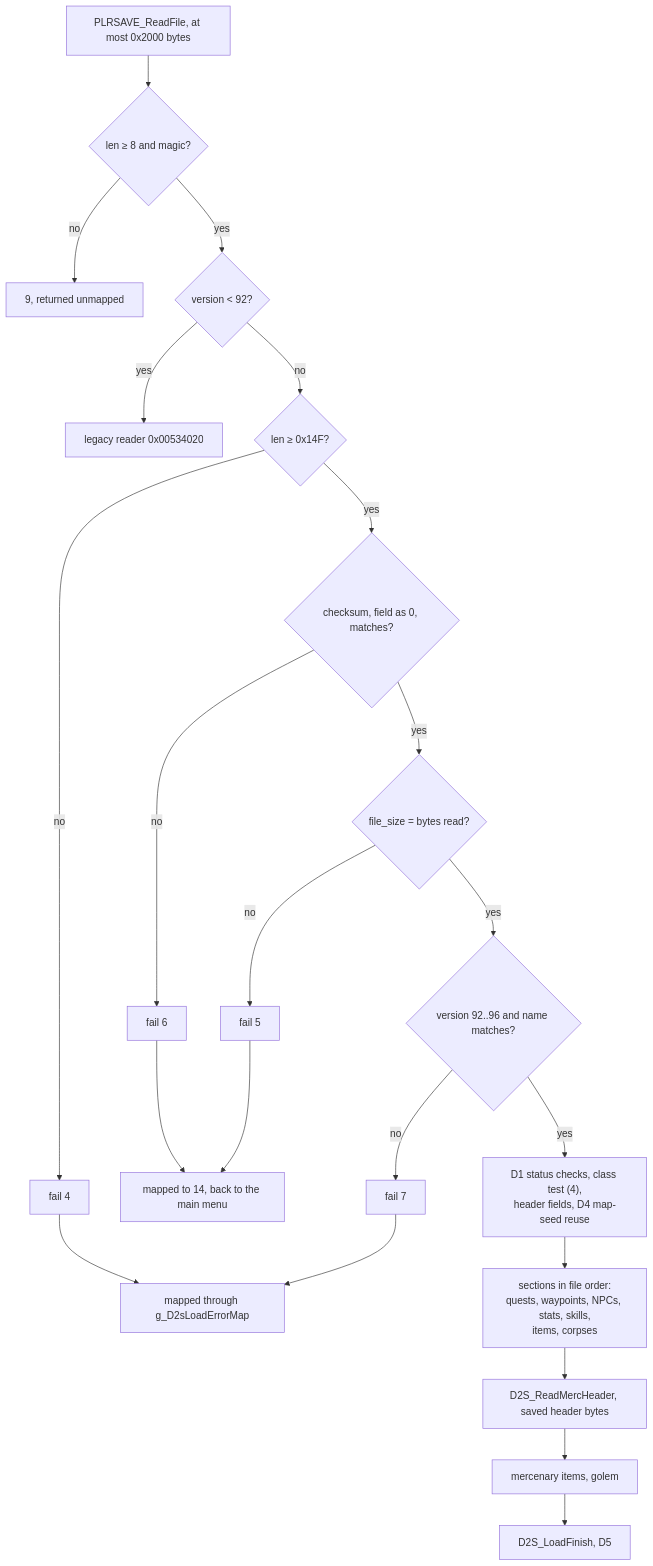
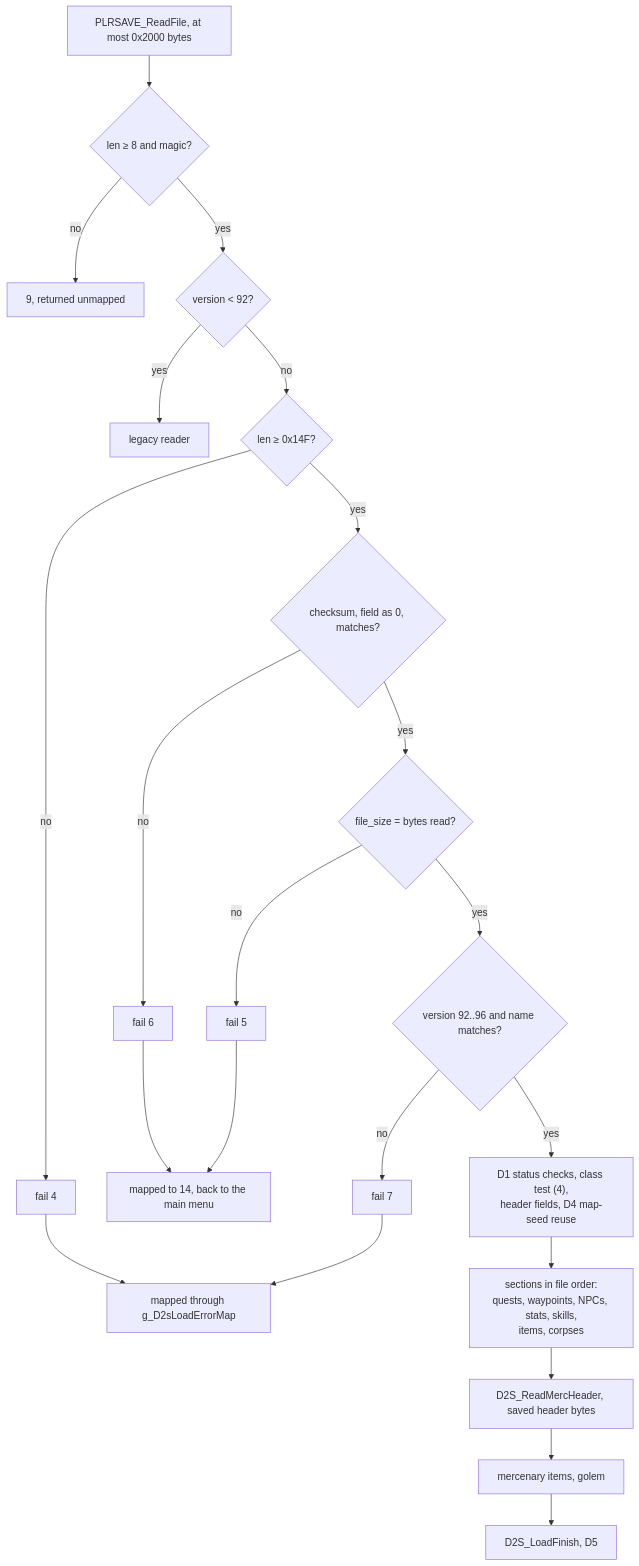
The sixth of 15 diagrams in docs/specs/save/d2s.md (IgorKonovalov/diablo-2-recompilation), drawn with Mermaid before and after one commit. The commit also changed other lines of this file and 8 other files, not shown here.

````diff
--- a/docs/specs/save/d2s.md
+++ b/docs/specs/save/d2s.md
@@ -461,23 +461,23 @@
 ```mermaid
 flowchart TD
   rf["PLRSAVE_ReadFile, at most 0x2000 bytes"] --> mg{"len ≥ 8 and magic?"}
   mg -->|no| e9["9, returned unmapped"]
   mg -->|yes| v92{"version < 92?"}
-  v92 -->|yes| leg["legacy reader 0x00534020"]
+  v92 -->|yes| leg["legacy reader"]
   v92 -->|no| hl{"len ≥ 0x14F?"}
   hl -->|no| e4["fail 4"]
   hl -->|yes| ck{"checksum, field as 0, matches?"}
   ck -->|no| e6["fail 6"]
   ck -->|yes| sz{"file_size = bytes read?"}
   sz -->|no| e5["fail 5"]
   sz -->|yes| vn{"version 92..96 and name matches?"}
   vn -->|no| e7["fail 7"]
   vn -->|yes| hdr["D1 status checks, class test (4),<br/>header fields, D4 map-seed reuse"]
   hdr --> sec["sections in file order:<br/>quests, waypoints, NPCs, stats, skills,<br/>items, corpses"]
   sec --> mh["D2S_ReadMercHeader, saved header bytes"]
   mh --> mi["mercenary items, golem"]
   mi --> lf
   lf["D2S_LoadFinish, D5"]
   e6 & e5 --> m14["mapped to 14, back to the main menu"]
   e4 & e7 --> mp["mapped through g_D2sLoadErrorMap"]
 ```
````
